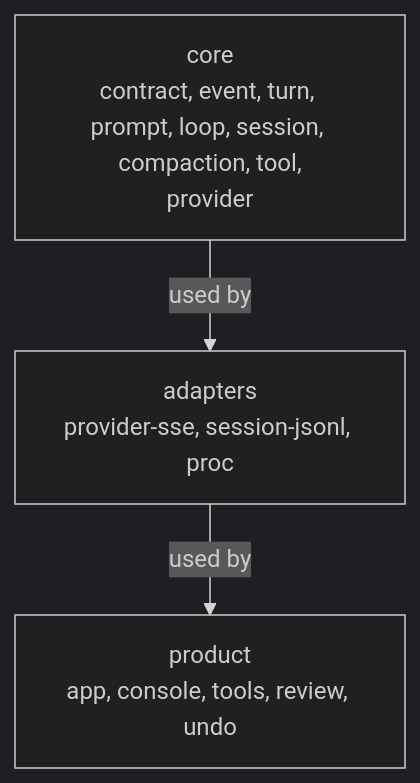
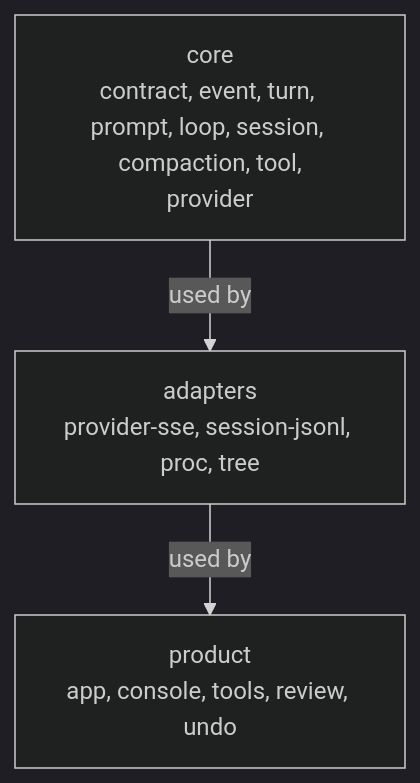
Before and after one commit to OverbearingPearl/pearl: the first of 3 diagrams in docs/architecture.md, drawn with Mermaid (dark theme). The commit also changed other lines of this file and 6 other files, not shown here.

````diff
--- a/docs/architecture.md
+++ b/docs/architecture.md
@@ -58,7 +58,7 @@
 ```mermaid
 flowchart TB
   core["core<br/>contract, event, turn, prompt, loop, session, compaction, tool,<br/>provider"]
-  adapters["adapters<br/>provider-sse, session-jsonl, proc"]
+  adapters["adapters<br/>provider-sse, session-jsonl, proc, tree"]
   product["product<br/>app, console, tools, review, undo"]
   core -->|used by| adapters -->|used by| product
 ```
````
